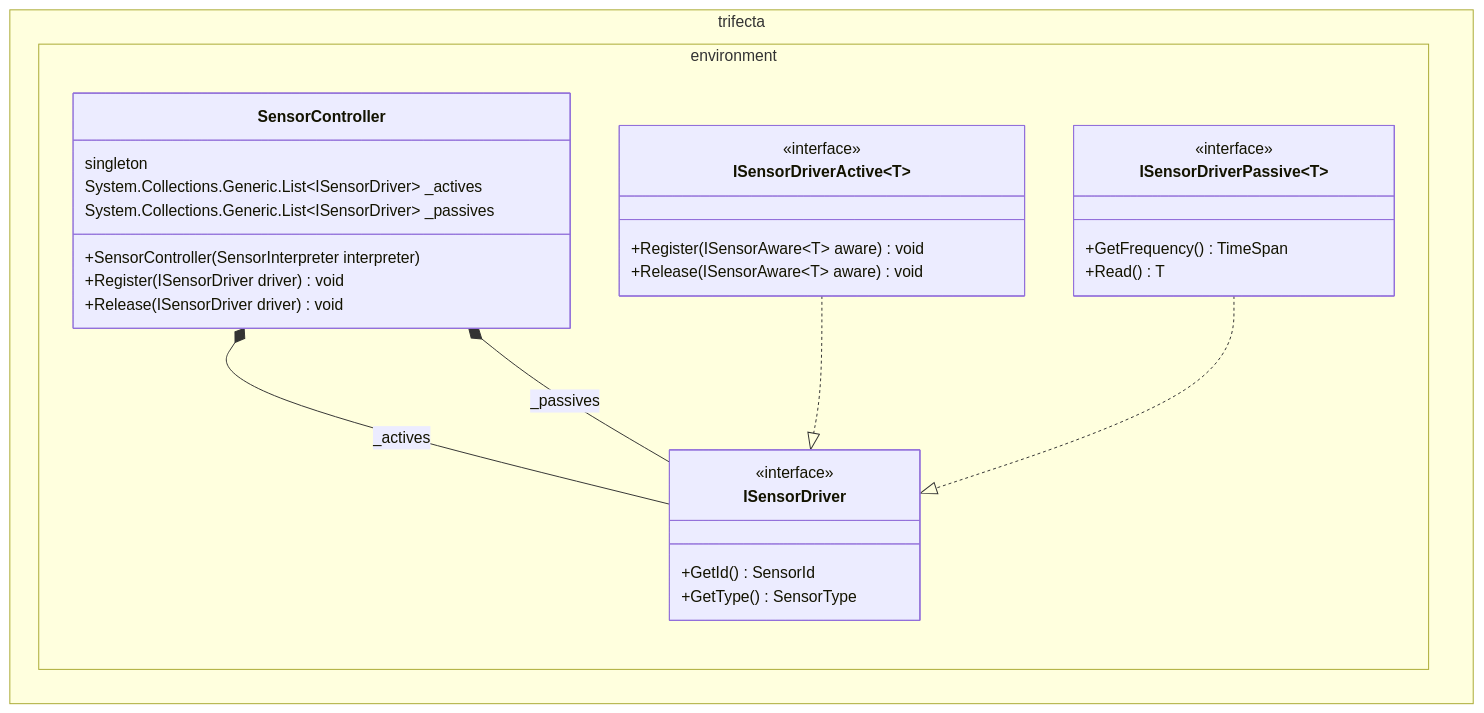
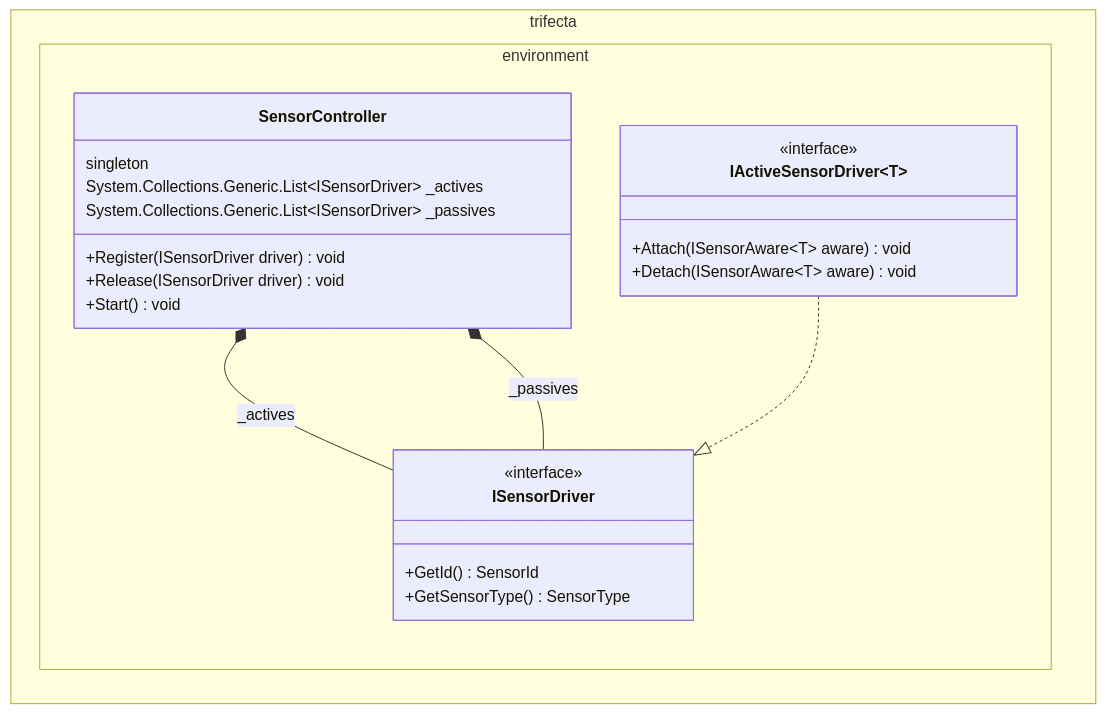
The diagram in doc/architecture/figures/sensor-control.md (byron-hawkins/trifecta), drawn with Mermaid before and after one commit. The commit also changed 22 other files, not shown here.

Commit message:
update architecture docs

````diff
--- a/doc/architecture/figures/sensor-control.md
+++ b/doc/architecture/figures/sensor-control.md
@@ -3,32 +3,26 @@
 ```mermaid
 classDiagram
 namespace trifecta.environment {
   class SensorController {
     singleton
     System.Collections.Generic.List~ISensorDriver~ _actives
     System.Collections.Generic.List~ISensorDriver~ _passives
-    +SensorController(SensorInterpreter interpreter)
     +Register(ISensorDriver driver) void
     +Release(ISensorDriver driver) void
+    +Start() void
   }
   class ISensorDriver {
     <<interface>>
     +GetId() SensorId
-    +GetType() SensorType
+    +GetSensorType() SensorType
   }
-  class ISensorDriverActive~T~ {
+  class IActiveSensorDriver~T~ {
     <<interface>>
-    +Register(ISensorAware~T~ aware) void
-    +Release(ISensorAware~T~ aware) void
-  }
-  class ISensorDriverPassive~T~ {
-    <<interface>>
-    +GetFrequency() TimeSpan
-    +Read() T
+    +Attach(ISensorAware~T~ aware) void
+    +Detach(ISensorAware~T~ aware) void
   }
 }
 SensorController *-- ISensorDriver : _actives
 SensorController *-- ISensorDriver : _passives
-ISensorDriverActive~T~ ..|> ISensorDriver
-ISensorDriverPassive~T~ ..|> ISensorDriver
+IActiveSensorDriver~T~ ..|> ISensorDriver
 ```
````
